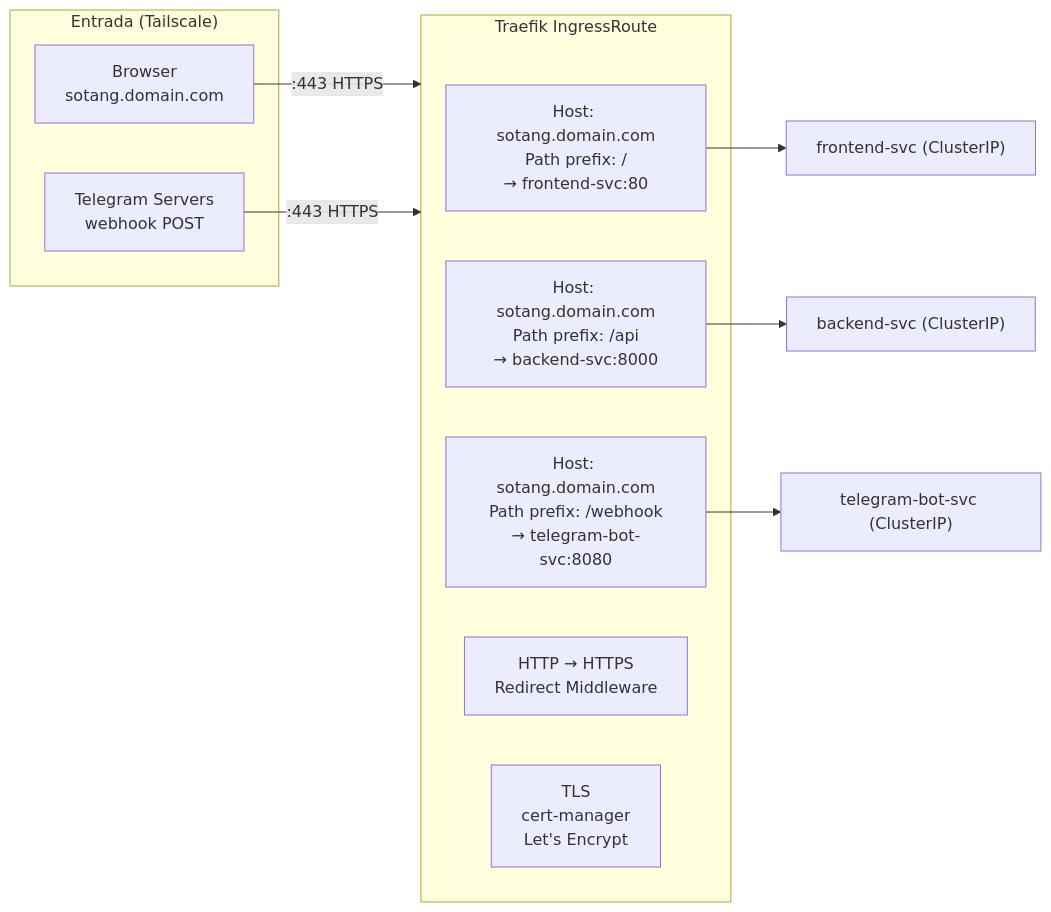
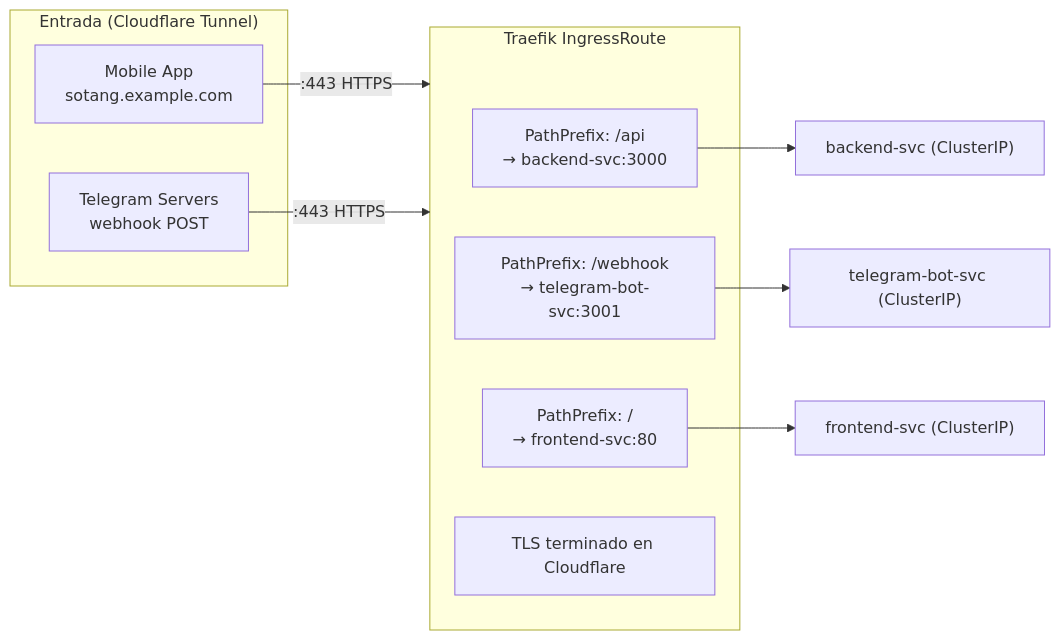
One commit to root-jeff/Sotang-Documentation changed the third of 4 diagrams in arquitectura/deployment.md. Above: the diagram before and after it, drawn with Mermaid. The commit also changed other lines of this file and 17 other files, not shown here.

````diff
--- a/arquitectura/deployment.md
+++ b/arquitectura/deployment.md
@@ -157,21 +164,20 @@
 ```mermaid
 graph LR
-    subgraph ENTRADA["Entrada (Tailscale)"]
-        BROWSER["Browser\nsotang.domain.com"]
+    subgraph ENTRADA["Entrada (Cloudflare Tunnel)"]
+        APP["Mobile App\nsotang.example.com"]
         TGWEBHOOK["Telegram Servers\nwebhook POST"]
     end
 
     subgraph TRAEFIK_RULES["Traefik IngressRoute"]
-        R1["Host: sotang.domain.com\nPath prefix: /\n→ frontend-svc:80"]
-        R2["Host: sotang.domain.com\nPath prefix: /api\n→ backend-svc:8000"]
-        R3["Host: sotang.domain.com\nPath prefix: /webhook\n→ telegram-bot-svc:8080"]
-        HTTPS["HTTP → HTTPS\nRedirect Middleware"]
-        TLS["TLS\ncert-manager\nLet's Encrypt"]
+        R1["PathPrefix: /api\n→ backend-svc:3000"]
+        R2["PathPrefix: /webhook\n→ telegram-bot-svc:3001"]
+        R3["PathPrefix: /\n→ frontend-svc:80"]
+        TLS["TLS terminado en Cloudflare"]
     end
 
-    BROWSER -->|":443 HTTPS"| TRAEFIK_RULES
+    APP -->|":443 HTTPS"| TRAEFIK_RULES
     TGWEBHOOK -->|":443 HTTPS"| TRAEFIK_RULES
-    R1 --> FE_SVC["frontend-svc (ClusterIP)"]
-    R2 --> BE_SVC["backend-svc (ClusterIP)"]
-    R3 --> BOT_SVC["telegram-bot-svc (ClusterIP)"]
+    R1 --> BE_SVC["backend-svc (ClusterIP)"]
+    R2 --> BOT_SVC["telegram-bot-svc (ClusterIP)"]
+    R3 --> FE_SVC["frontend-svc (ClusterIP)"]
 ```
````
